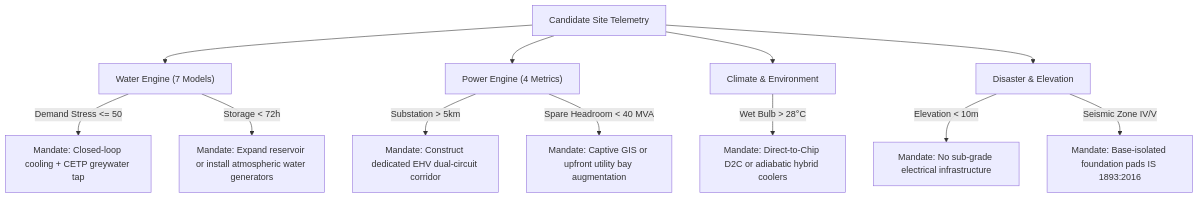
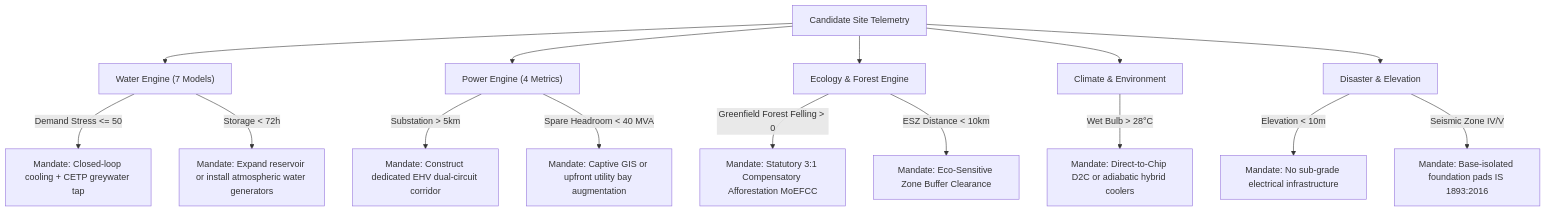
One commit to Drona-jadhav7/SuperIndia.ai changed the diagram in README.md. Above: the diagram before and after it, drawn with Mermaid. The commit also changed other lines of this file and 15 other files, not shown here.

Commit message:
feat: integrate 8-domain statutory siting with ecology, tree protection and authentic telemetry

````diff
--- a/README.md
+++ b/README.md
@@ -138,15 +164,18 @@
 ```mermaid
 flowchart TD
     Site["Candidate Site Telemetry"] --> W["Water Engine (7 Models)"]
     Site --> P["Power Engine (4 Metrics)"]
+    Site --> E["Ecology & Forest Engine"]
     Site --> C["Climate & Environment"]
     Site --> D["Disaster & Elevation"]
     
+    E -->|Greenfield Forest Felling > 0| M0["Mandate: Statutory 3:1 Compensatory Afforestation MoEFCC"]
+    E -->|ESZ Distance < 10km| ME["Mandate: Eco-Sensitive Zone Buffer Clearance"]
     W -->|Demand Stress <= 50| M1["Mandate: Closed-loop cooling + CETP greywater tap"]
     D -->|Elevation < 10m| M2["Mandate: No sub-grade electrical infrastructure"]
     P -->|Substation > 5km| M3["Mandate: Construct dedicated EHV dual-circuit corridor"]
     P -->|Spare Headroom < 40 MVA| M4["Mandate: Captive GIS or upfront utility bay augmentation"]
     W -->|Storage < 72h| M5["Mandate: Expand reservoir or install atmospheric water generators"]
     C -->|Wet Bulb > 28°C| M6["Mandate: Direct-to-Chip D2C or adiabatic hybrid coolers"]
     D -->|Seismic Zone IV/V| M7["Mandate: Base-isolated foundation pads IS 1893:2016"]
 ```
````
